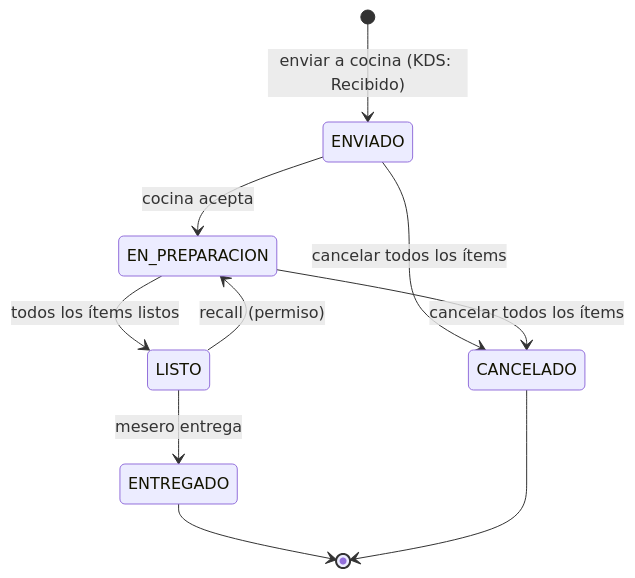
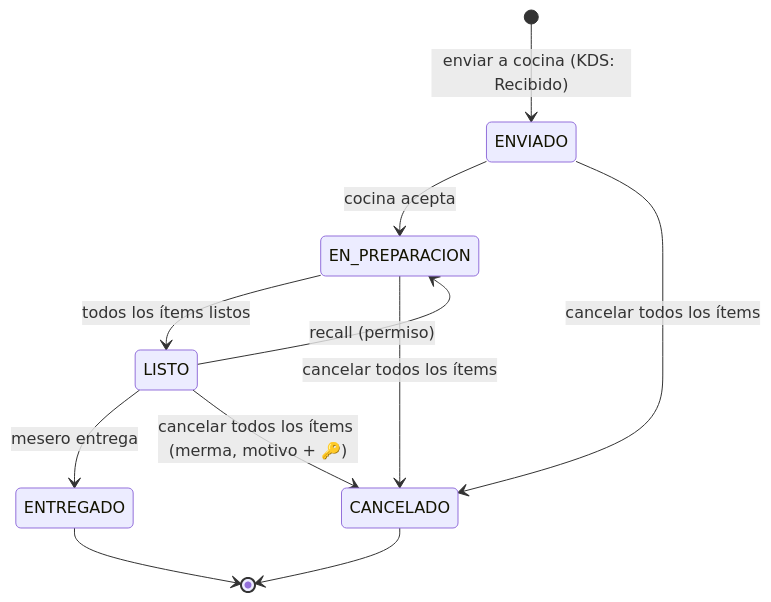
The fifth of 10 diagrams in Docs/05-flujos-y-estados.md (PabloReyes1/mise-by-rengo), drawn with Mermaid before and after one commit. The commit also changed other lines of this file and 19 other files, not shown here.

````diff
--- a/Docs/05-flujos-y-estados.md
+++ b/Docs/05-flujos-y-estados.md
@@ -223,12 +223,13 @@
 ```mermaid
 stateDiagram-v2
     [*] --> ENVIADO: enviar a cocina (KDS: Recibido)
     ENVIADO --> EN_PREPARACION: cocina acepta
     EN_PREPARACION --> LISTO: todos los ítems listos
     LISTO --> EN_PREPARACION: recall (permiso)
     LISTO --> ENTREGADO: mesero entrega
     ENVIADO --> CANCELADO: cancelar todos los ítems
     EN_PREPARACION --> CANCELADO: cancelar todos los ítems
+    LISTO --> CANCELADO: cancelar todos los ítems (merma, motivo + 🔑)
     ENTREGADO --> [*]
     CANCELADO --> [*]
 ```
````
